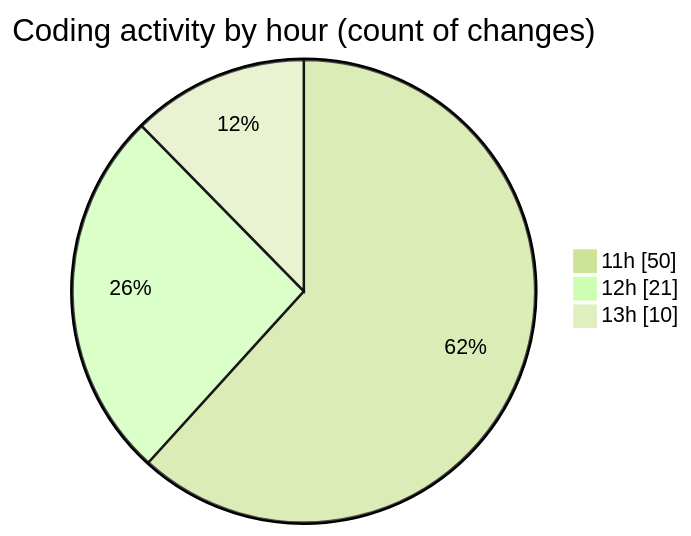
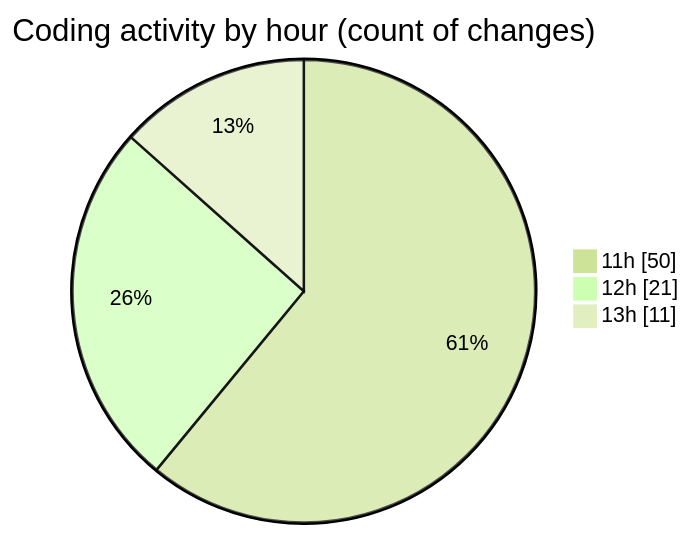
The second of 2 diagrams in 2026-02-06/singularitybrainai/README.md (tmsrecording-cyber/code-tracking), drawn with Mermaid (forest theme) before and after one commit. The commit also changed other lines of this file and 1 other file, not shown here.

````diff
--- a/2026-02-06/singularitybrainai/README.md
+++ b/2026-02-06/singularitybrainai/README.md
@@ -36,7 +37,7 @@
 ```mermaid
 pie showData
 title Coding activity by hour (count of changes)
 "11h" : 50
 "12h" : 21
-"13h" : 10
+"13h" : 11
 ```
````
